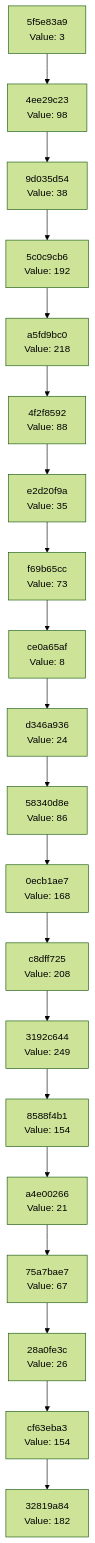
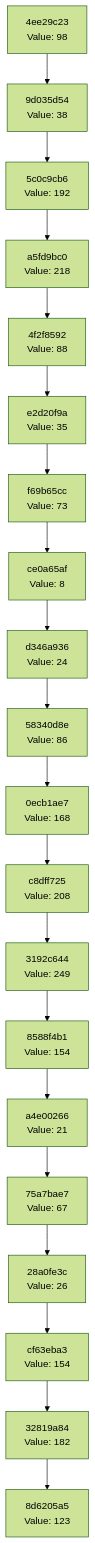
One commit to Abhisheksinha1506/hash-chain-evolver changed the diagram in docs/CHAIN_VISUALIZATION.md. Above: the diagram before and after it, drawn with Mermaid (forest theme). The commit also changed 2 other files, not shown here.

Commit message:
Evolution step: hash 0x7B → action executed

````diff
--- a/docs/CHAIN_VISUALIZATION.md
+++ b/docs/CHAIN_VISUALIZATION.md
@@ -3,42 +3,42 @@
 ```mermaid
 graph TD
-    C0["32819a84<br/>Value: 182"]
-    C1["cf63eba3<br/>Value: 154"]
+    C0["8d6205a5<br/>Value: 123"]
+    C1["32819a84<br/>Value: 182"]
     C1 --> C0
-    C2["28a0fe3c<br/>Value: 26"]
+    C2["cf63eba3<br/>Value: 154"]
     C2 --> C1
-    C3["75a7bae7<br/>Value: 67"]
+    C3["28a0fe3c<br/>Value: 26"]
     C3 --> C2
-    C4["a4e00266<br/>Value: 21"]
+    C4["75a7bae7<br/>Value: 67"]
     C4 --> C3
-    C5["8588f4b1<br/>Value: 154"]
+    C5["a4e00266<br/>Value: 21"]
     C5 --> C4
-    C6["3192c644<br/>Value: 249"]
+    C6["8588f4b1<br/>Value: 154"]
     C6 --> C5
-    C7["c8dff725<br/>Value: 208"]
+    C7["3192c644<br/>Value: 249"]
     C7 --> C6
-    C8["0ecb1ae7<br/>Value: 168"]
+    C8["c8dff725<br/>Value: 208"]
     C8 --> C7
-    C9["58340d8e<br/>Value: 86"]
+    C9["0ecb1ae7<br/>Value: 168"]
     C9 --> C8
-    C10["d346a936<br/>Value: 24"]
+    C10["58340d8e<br/>Value: 86"]
     C10 --> C9
-    C11["ce0a65af<br/>Value: 8"]
+    C11["d346a936<br/>Value: 24"]
     C11 --> C10
-    C12["f69b65cc<br/>Value: 73"]
+    C12["ce0a65af<br/>Value: 8"]
     C12 --> C11
-    C13["e2d20f9a<br/>Value: 35"]
+    C13["f69b65cc<br/>Value: 73"]
     C13 --> C12
-    C14["4f2f8592<br/>Value: 88"]
+    C14["e2d20f9a<br/>Value: 35"]
     C14 --> C13
-    C15["a5fd9bc0<br/>Value: 218"]
+    C15["4f2f8592<br/>Value: 88"]
     C15 --> C14
-    C16["5c0c9cb6<br/>Value: 192"]
+    C16["a5fd9bc0<br/>Value: 218"]
     C16 --> C15
-    C17["9d035d54<br/>Value: 38"]
+    C17["5c0c9cb6<br/>Value: 192"]
     C17 --> C16
-    C18["4ee29c23<br/>Value: 98"]
+    C18["9d035d54<br/>Value: 38"]
     C18 --> C17
-    C19["5f5e83a9<br/>Value: 3"]
+    C19["4ee29c23<br/>Value: 98"]
     C19 --> C18
 ```
````
